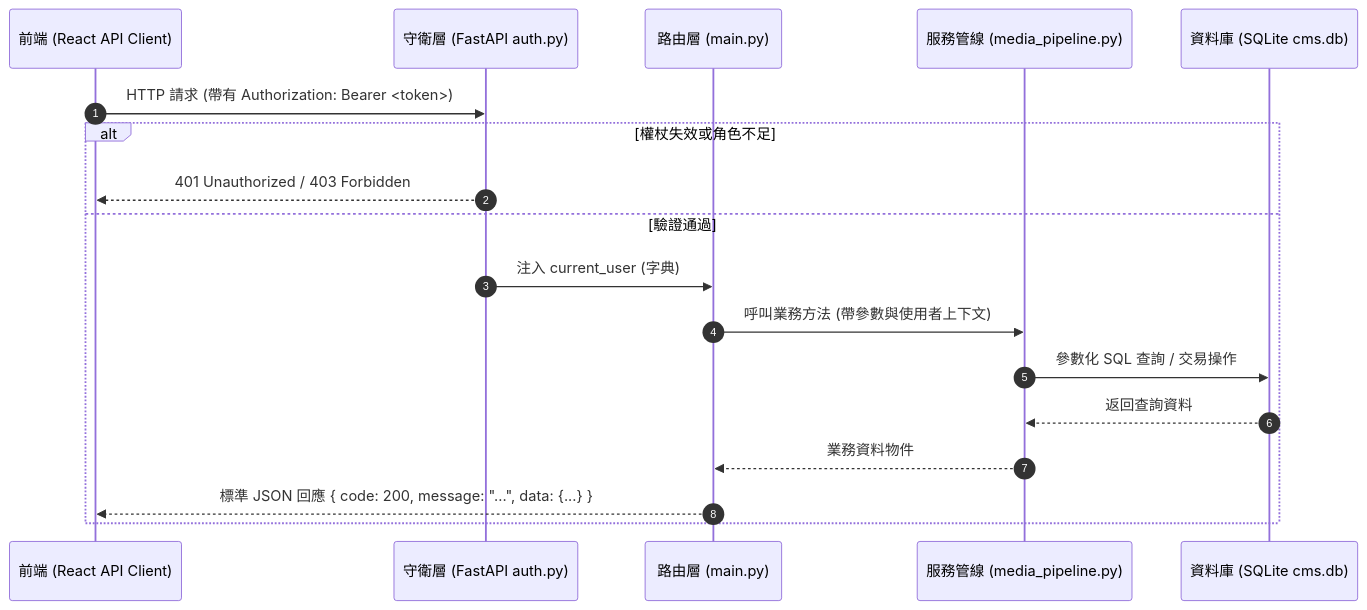
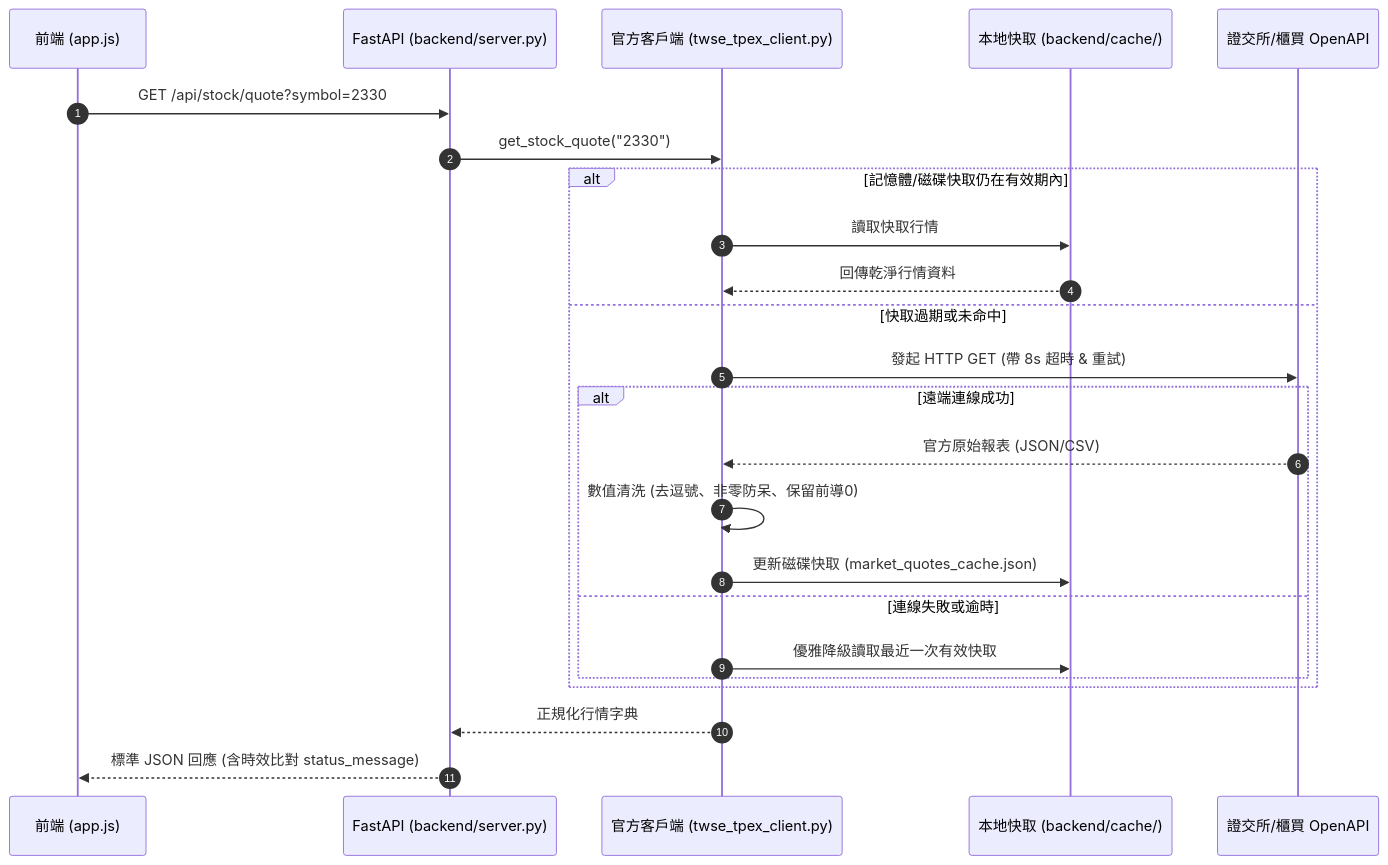
One commit to tinachang912-eng/stocktrend-app changed the diagram in .agent/skills/backend-integration/SKILL.md. Above: the diagram before and after it, drawn with Mermaid. The commit also changed other lines of this file and 13 other files, not shown here.

Commit message:
docs(skills): 全面升級 7 大工程技能 (architecture, ui-design, state-management, backend-integration, coding-standards, webapp-testing, code-review)

````diff
--- a/.agent/skills/backend-integration/SKILL.md
+++ b/.agent/skills/backend-integration/SKILL.md
@@ -16,21 +16,29 @@
 ```mermaid
 sequenceDiagram
     autonumber
-    participant Client as 前端 (React API Client)
-    participant Guard as 守衛層 (FastAPI auth.py)
-    participant Route as 路由層 (main.py)
-    participant Service as 服務管線 (media_pipeline.py)
-    participant DB as 資料庫 (SQLite cms.db)
+    participant UI as 前端 (app.js)
+    participant API as FastAPI (backend/server.py)
+    participant Client as 官方客戶端 (twse_tpex_client.py)
+    participant Cache as 本地快取 (backend/cache/)
+    participant Remote as 證交所/櫃買 OpenAPI
 
-    Client->>Guard: HTTP 請求 (帶有 Authorization: Bearer <token>)
-    alt 權杖失效或角色不足
-        Guard-->>Client: 401 Unauthorized / 403 Forbidden
-    else 驗證通過
-        Guard->>Route: 注入 current_user (字典)
-        Route->>Service: 呼叫業務方法 (帶參數與使用者上下文)
-        Service->>DB: 參數化 SQL 查詢 / 交易操作
-        DB-->>Service: 返回查詢資料
-        Service-->>Route: 業務資料物件
-        Route-->>Client: 標準 JSON 回應 { code: 200, message: "...", data: {...} }
+    UI->>API: GET /api/stock/quote?symbol=2330
+    API->>Client: get_stock_quote("2330")
+    
+    alt 記憶體/磁碟快取仍在有效期內
+        Client->>Cache: 讀取快取行情
+        Cache-->>Client: 回傳乾淨行情資料
+    else 快取過期或未命中
+        Client->>Remote: 發起 HTTP GET (帶 8s 超時 & 重試)
+        alt 遠端連線成功
+            Remote-->>Client: 官方原始報表 (JSON/CSV)
+            Client->>Client: 數值清洗 (去逗號、非零防呆、保留前導0)
+            Client->>Cache: 更新磁碟快取 (market_quotes_cache.json)
+        else 連線失敗或逾時
+            Client->>Cache: 優雅降級讀取最近一次有效快取
+        end
     end
+
+    Client-->>API: 正規化行情字典
+    API-->>UI: 標準 JSON 回應 (含時效比對 status_message)
 ```
````
